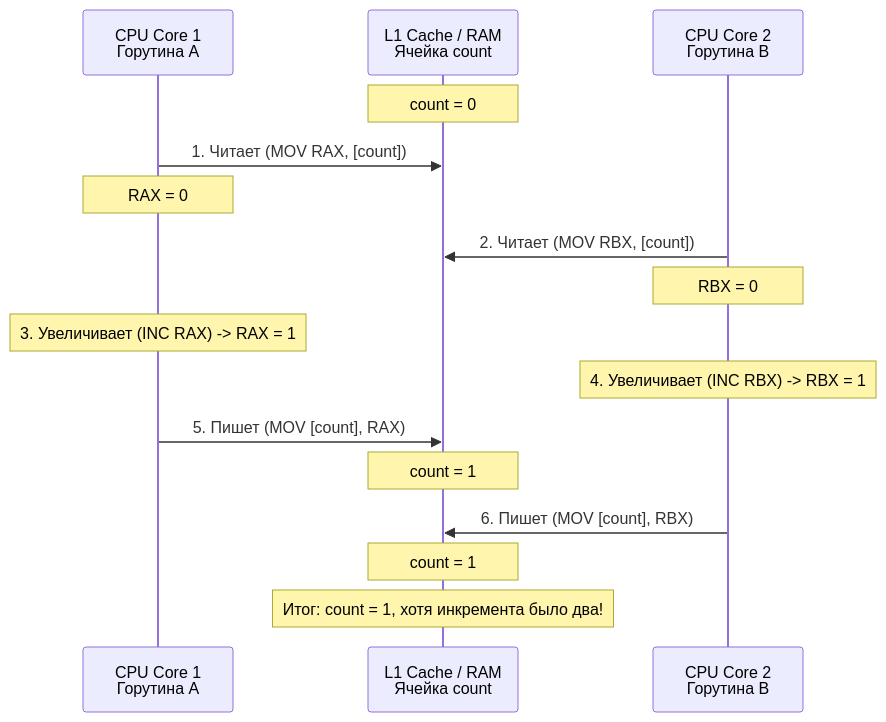
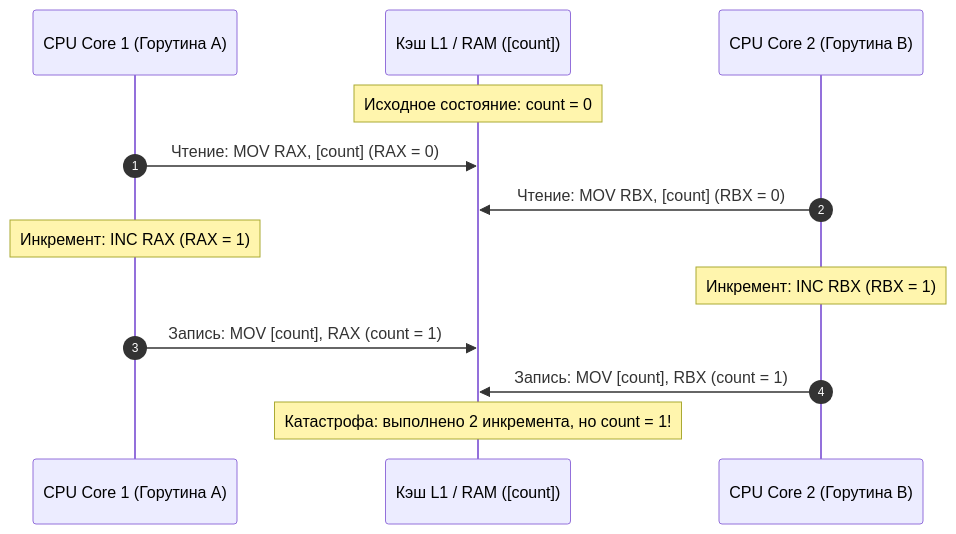
The diagram in sources/15. Тестирование в Go (QA & Testing)/07. Конкурентность/2. Data race и race detector.md (UnrealTemplier/go-textbook), drawn with Mermaid before and after one commit. The commit also changed other lines of this file, not shown here.

````diff
--- a/sources/15. Тестирование в Go (QA & Testing)/07. Конкурентность/2. Data race и race detector.md
+++ b/sources/15. Тестирование в Go (QA & Testing)/07. Конкурентность/2. Data race и race detector.md
@@ -42,22 +50,19 @@
 ```mermaid
 sequenceDiagram
-    participant C1 as CPU Core 1<br>Горутина A
-    participant RAM as L1 Cache / RAM<br>Ячейка count
-    participant C2 as CPU Core 2<br>Горутина B
+    autonumber
+    participant Core1 as CPU Core 1 (Горутина A)
+    participant RAM as Кэш L1 / RAM ([count])
+    participant Core2 as CPU Core 2 (Горутина B)
 
-    Note over RAM: count = 0
-    C1->>RAM: 1. Читает (MOV RAX, [count])
-    Note over C1: RAX = 0
-    C2->>RAM: 2. Читает (MOV RBX, [count])
-    Note over C2: RBX = 0
+    Note over RAM: Исходное состояние: count = 0
+    Core1->>RAM: Чтение: MOV RAX, [count] (RAX = 0)
+    Core2->>RAM: Чтение: MOV RBX, [count] (RBX = 0)
     
-    Note over C1: 3. Увеличивает (INC RAX) -> RAX = 1
-    Note over C2: 4. Увеличивает (INC RBX) -> RBX = 1
+    Note over Core1: Инкремент: INC RAX (RAX = 1)
+    Note over Core2: Инкремент: INC RBX (RBX = 1)
     
-    C1->>RAM: 5. Пишет (MOV [count], RAX)
-    Note over RAM: count = 1
-    C2->>RAM: 6. Пишет (MOV [count], RBX)
-    Note over RAM: count = 1
+    Core1->>RAM: Запись: MOV [count], RAX (count = 1)
+    Core2->>RAM: Запись: MOV [count], RBX (count = 1)
     
-    Note over RAM: Итог: count = 1, хотя инкремента было два!
+    Note over RAM: Катастрофа: выполнено 2 инкремента, но count = 1!
 ```
````
